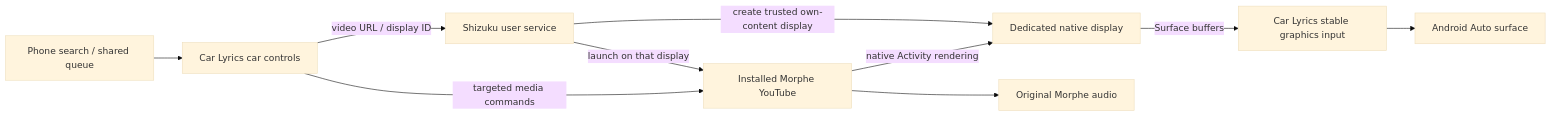
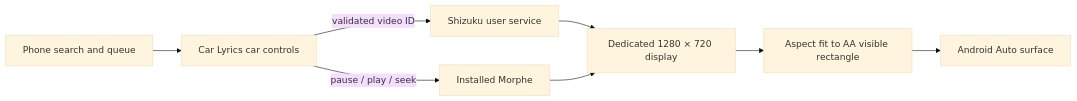
Before and after one commit to fluffnark/car-lyrics: the diagram in docs/MORPHE_NATIVE.md, drawn with Mermaid (base theme). The commit also changed other lines of this file and 31 other files, not shown here.

Commit message:
Add native Morphe playback, persistent player navigation and knob seeking

````diff
--- a/docs/MORPHE_NATIVE.md
+++ b/docs/MORPHE_NATIVE.md
@@ -15,12 +7,10 @@
 ```mermaid
 flowchart LR
-    Q[Phone search / shared queue] --> C[Car Lyrics car controls]
-    C -->|video URL / display ID| H[Shizuku user service]
-    H -->|create trusted own-content display| D[Dedicated native display]
-    H -->|launch on that display| M[Installed Morphe YouTube]
-    M -->|native Activity rendering| D
-    D -->|Surface buffers| G[Car Lyrics stable graphics input]
-    G --> S[Android Auto surface]
-    M --> A[Original Morphe audio]
-    C -->|targeted media commands| M
+    P[Phone search and queue] --> C[Car Lyrics car controls]
+    C -->|validated video ID| H[Shizuku user service]
+    H --> D[Dedicated 1280 × 720 display]
+    M[Installed Morphe] --> D
+    D --> R[Aspect fit to AA visible rectangle]
+    R --> A[Android Auto surface]
+    C -->|pause / play / seek| M
 ```
````
